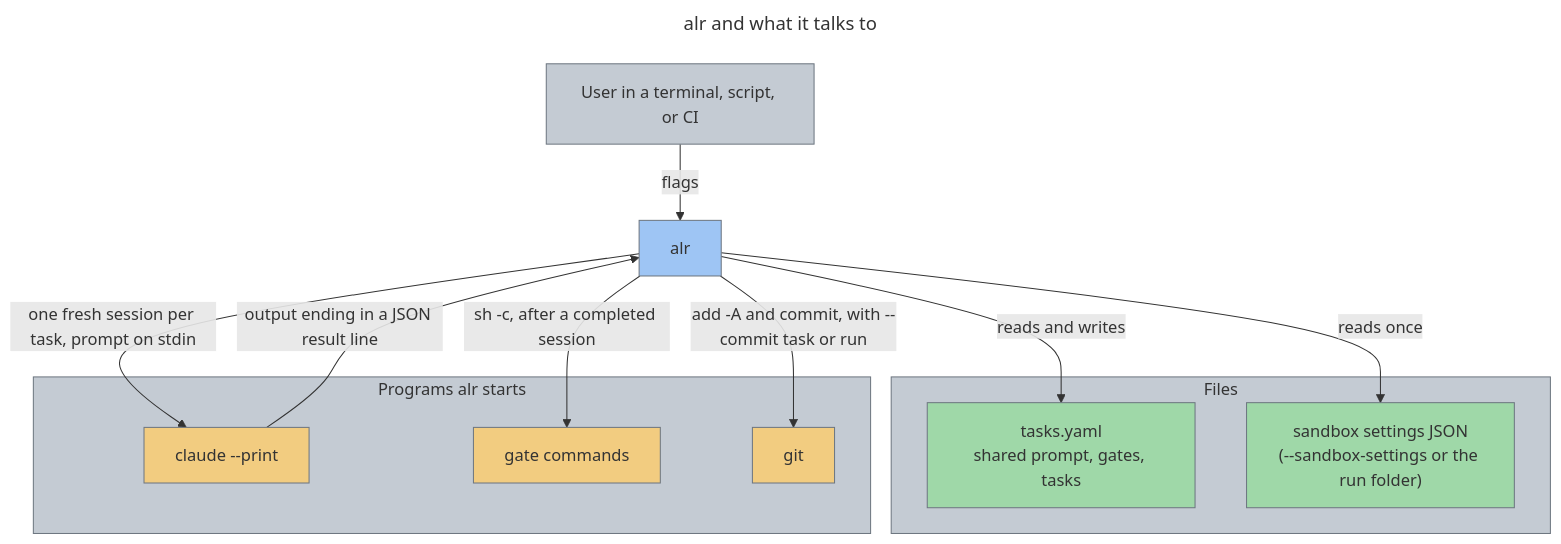
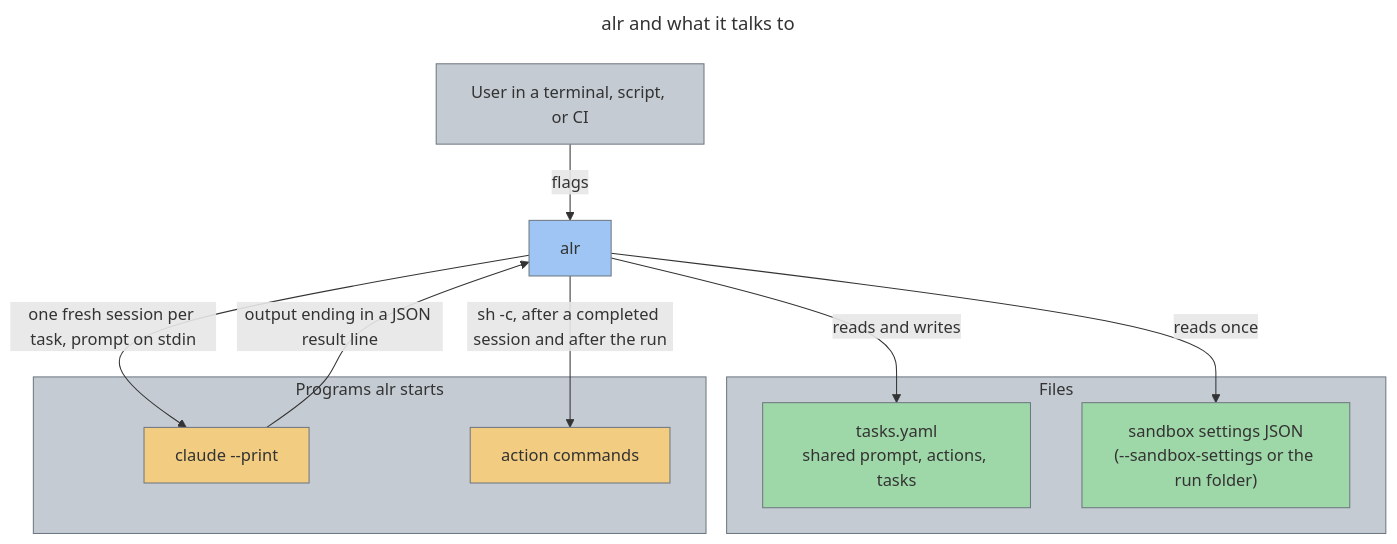
One commit to twistingmercury/agentic_loop_runner changed the diagram in docs/design/00_overview.md. Above: the diagram before and after it, drawn with Mermaid. The commit also changed other lines of this file and 70 other files, not shown here.

First line of the commit message:
Replace `--commit` with `after_task` and `after_run` actions (ADR-026) (#12)

````diff
--- a/docs/design/00_overview.md
+++ b/docs/design/00_overview.md
@@ -30,34 +30,32 @@
 ```mermaid
 ---
 title: alr and what it talks to
 ---
 flowchart TD
     user["User in a terminal, script, or CI"]:::gray
     alr["alr"]:::blue
 
     subgraph files["Files"]
-        tasks["tasks.yaml<br/>shared prompt, gates, tasks"]:::green
+        tasks["tasks.yaml<br/>shared prompt, actions, tasks"]:::green
         sandbox["sandbox settings JSON<br/>(--sandbox-settings or the run folder)"]:::green
     end
 
     subgraph programs["Programs alr starts"]
         claude["claude --print"]:::amber
-        gates["gate commands"]:::amber
-        git["git"]:::amber
+        actions["action commands"]:::amber
     end
 
     user -->|flags| alr
     alr -->|reads and writes| tasks
     alr -->|reads once| sandbox
     alr -->|"one fresh session per task, prompt on stdin"| claude
     claude -->|"output ending in a JSON result line"| alr
-    alr -->|"sh -c, after a completed session"| gates
-    alr -->|"add -A and commit, with --commit task or run"| git
+    alr -->|"sh -c, after a completed session and after the run"| actions
 
     classDef blue fill:#9ec5f4,stroke:#6e7781,color:#333333
     classDef green fill:#9fd8a8,stroke:#6e7781,color:#333333
     classDef amber fill:#f2cc80,stroke:#6e7781,color:#333333
     classDef gray fill:#c4cbd3,stroke:#6e7781,color:#333333
     style files fill:#c4cbd3,stroke:#6e7781,color:#333333
     style programs fill:#c4cbd3,stroke:#6e7781,color:#333333
 ```
````
